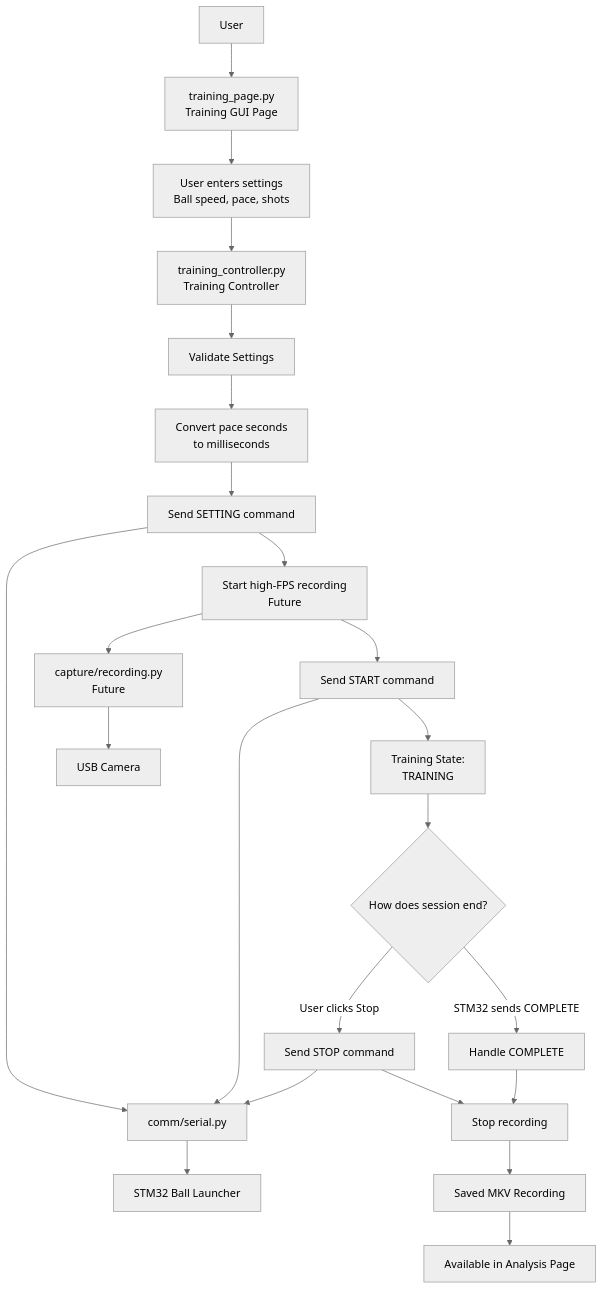
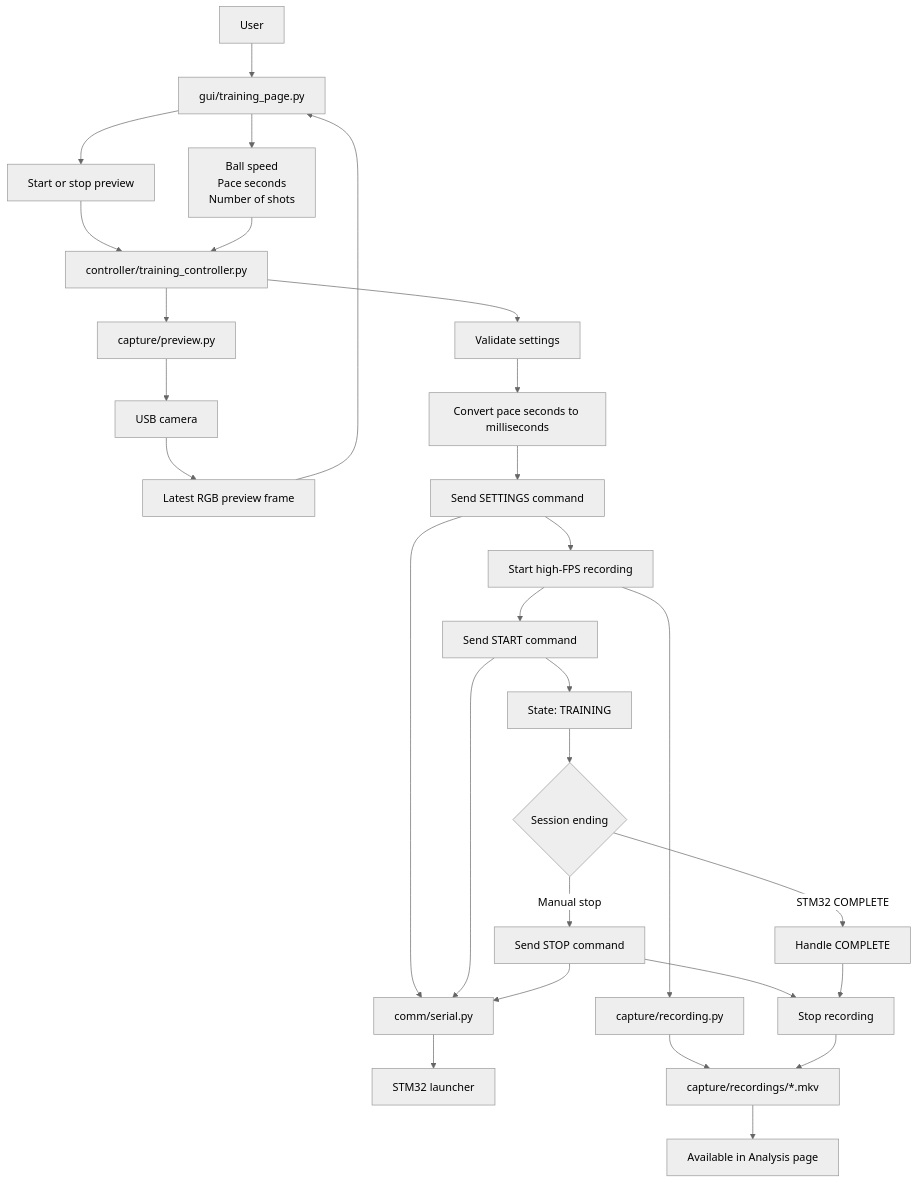
The first of 2 diagrams in jetson/docs/training_workflow.md (CoulterRolph/Capstone_Opencv), drawn with Mermaid (neutral theme) before and after one commit. The commit also changed other lines of this file and 4 other files, not shown here.

````diff
--- a/jetson/docs/training_workflow.md
+++ b/jetson/docs/training_workflow.md
@@ -61,35 +40,41 @@
 ```mermaid
 flowchart TD
-    User[User] --> TrainingPage[training_page.py<br/>Training GUI Page]
+    User[User] --> TrainingPage[gui/training_page.py]
 
-    TrainingPage --> InputSettings[User enters settings<br/>Ball speed, pace, shots]
-    InputSettings --> TrainingController[training_controller.py<br/>Training Controller]
+    TrainingPage --> PreviewControls[Start or stop preview]
+    PreviewControls --> TrainingController[controller/training_controller.py]
+    TrainingController --> PreviewService[capture/preview.py]
+    PreviewService --> Camera[USB camera]
+    Camera --> PreviewFrame[Latest RGB preview frame]
+    PreviewFrame --> TrainingPage
 
-    TrainingController --> ValidateSettings[Validate Settings]
-    ValidateSettings --> ConvertPace[Convert pace seconds<br/>to milliseconds]
+    TrainingPage --> Settings[Ball speed<br/>Pace seconds<br/>Number of shots]
+    Settings --> TrainingController
 
-    ConvertPace --> SendSetting[Send SETTING command]
-    SendSetting --> SerialModule[comm/serial.py]
-    SerialModule --> STM32[STM32 Ball Launcher]
+    TrainingController --> Validate[Validate settings]
+    Validate --> Pace[Convert pace seconds to milliseconds]
 
-    SendSetting --> StartRecording[Start high-FPS recording<br/>Future]
-    StartRecording --> RecordingModule[capture/recording.py<br/>Future]
-    RecordingModule --> Camera[USB Camera]
+    Pace --> SendSettings[Send SETTINGS command]
+    SendSettings --> Serial[comm/serial.py]
+    Serial --> STM32[STM32 launcher]
+
+    SendSettings --> StartRecording[Start high-FPS recording]
+    StartRecording --> Recorder[capture/recording.py]
+    Recorder --> RecordingFile[capture/recordings/*.mkv]
 
     StartRecording --> SendStart[Send START command]
-    SendStart --> SerialModule
+    SendStart --> Serial
 
-    SendStart --> TrainingRunning[Training State:<br/>TRAINING]
+    SendStart --> Running[State: TRAINING]
+    Running --> StopChoice{Session ending}
 
-    TrainingRunning --> ManualStop{How does session end?}
-
-    ManualStop -->|User clicks Stop| SendStop[Send STOP command]
-    SendStop --> SerialModule
+    StopChoice -->|Manual stop| SendStop[Send STOP command]
+    SendStop --> Serial
     SendStop --> StopRecording[Stop recording]
 
-    ManualStop -->|STM32 sends COMPLETE| CompleteReceived[Handle COMPLETE]
-    CompleteReceived --> StopRecording
+    StopChoice -->|STM32 COMPLETE| Complete[Handle COMPLETE]
+    Complete --> StopRecording
 
-    StopRecording --> SavedRecording[Saved MKV Recording]
-    SavedRecording --> AnalysisPage[Available in Analysis Page]
+    StopRecording --> RecordingFile
+    RecordingFile --> Analysis[Available in Analysis page]
 ```
````
